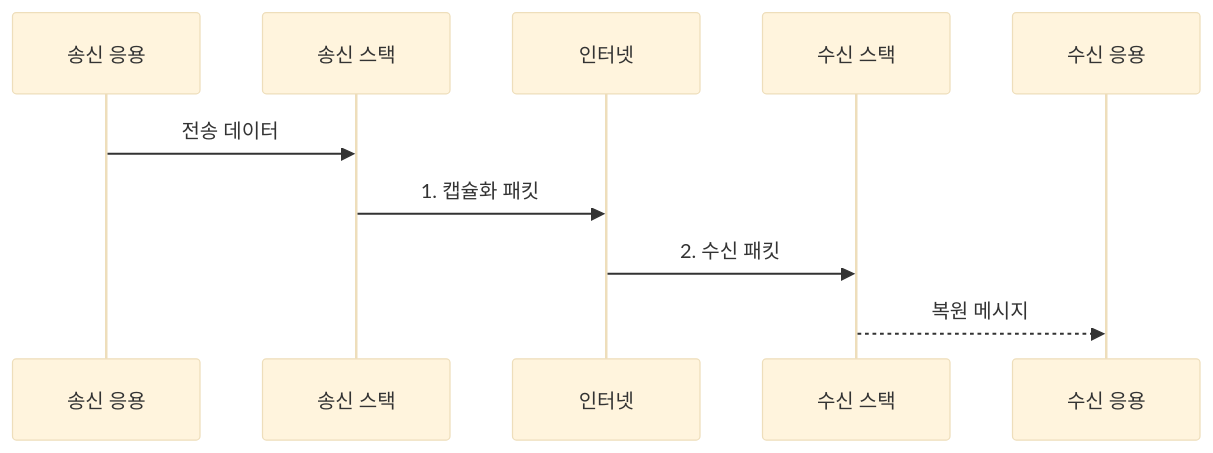
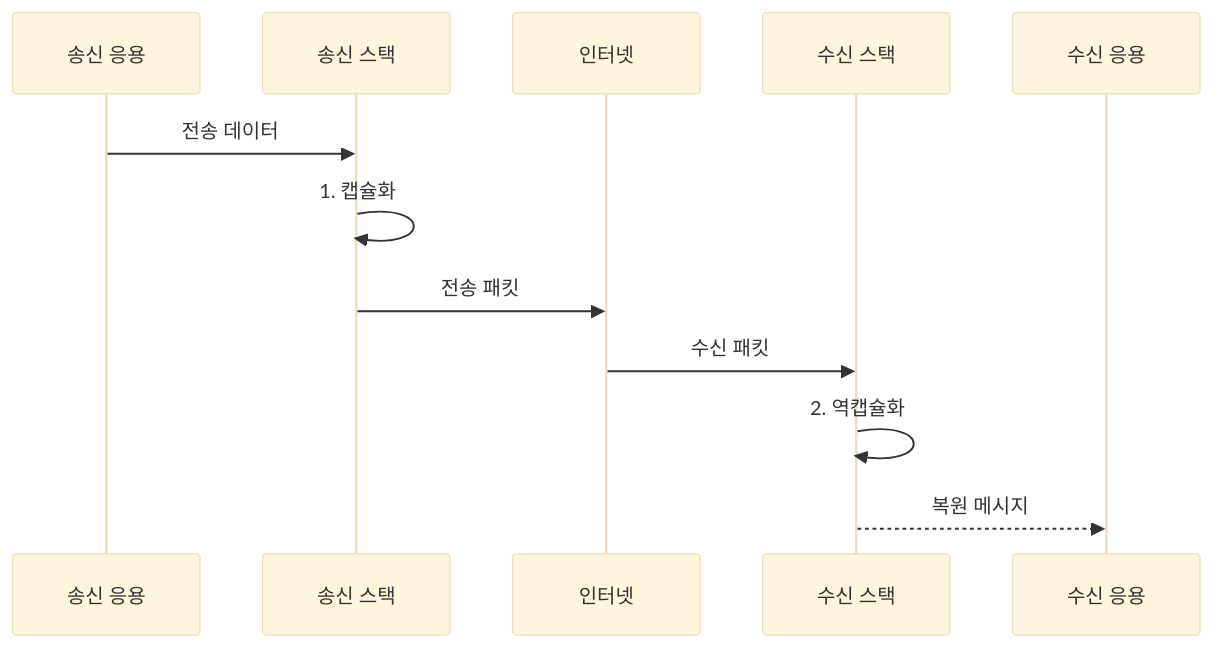
One commit to agnusdei1207/knowledge-base changed the second of 2 diagrams in src/content/docs/notes/04-network/002_tcp_ip_model.md. Above: the diagram before and after it, drawn with Mermaid (base theme). The commit also changed other lines of this file and 18 other files, not shown here.

````diff
--- a/src/content/docs/notes/04-network/002_tcp_ip_model.md
+++ b/src/content/docs/notes/04-network/002_tcp_ip_model.md
@@ -82,12 +82,14 @@
 ```mermaid
 sequenceDiagram
     participant SA as 송신 응용
     participant SS as 송신 스택
     participant N as 인터넷
     participant RS as 수신 스택
     participant RA as 수신 응용
     SA->>SS: 전송 데이터
-    SS->>N: 1. 캡슐화 패킷
-    N->>RS: 2. 수신 패킷
+    SS->>SS: 1. 캡슐화
+    SS->>N: 전송 패킷
+    N->>RS: 수신 패킷
+    RS->>RS: 2. 역캡슐화
     RS-->>RA: 복원 메시지
 ```
````
